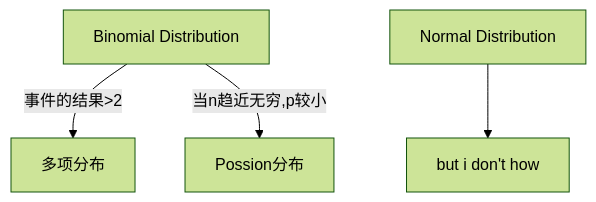
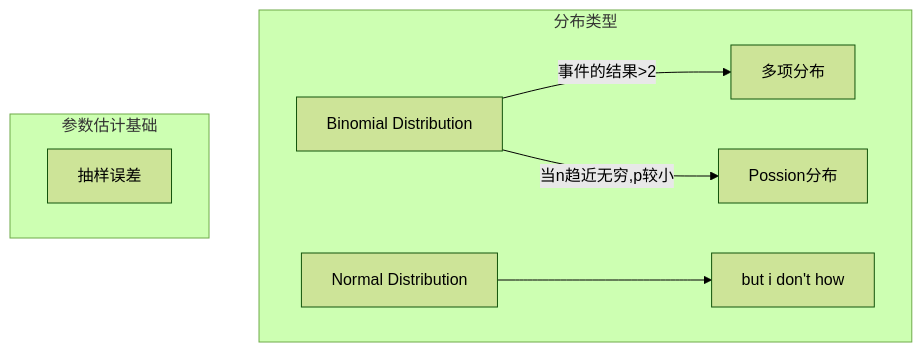
One commit to introvert24312/somehow changed the first of 2 diagrams in source/_posts/Mind map of health statistics.md. Above: the diagram before and after it, drawn with Mermaid (forest theme). The commit also changed other lines of this file and 1 other file, not shown here.

````diff
--- a/source/_posts/Mind map of health statistics.md
+++ b/source/_posts/Mind map of health statistics.md
@@ -9,15 +9,19 @@
 ```mermaid
 graph TD;
+subgraph 分布类型
 0[Binomial Distribution]-->|事件的结果>2|00[多项分布]
 
 0-->|当n趋近无穷,p较小|1[Possion分布]
 
 2[Normal Distribution];
 
 2-->21[but i don't how]
-
+end
+subgraph 参数估计基础
+抽样误差
+end
 click 0 "https://ysz.asia/2024/03/14/Binomial%20Distribution/"
 click 00 "https://ysz.asia/2024/03/14/Binomial%20Distribution/"
 click 1 "https://ysz.asia/2024/03/16/Poisson%20Distribution/"
 click 2 "https://ysz.asia/2024/03/24/Normal%20Distribution/"
 ```
````
